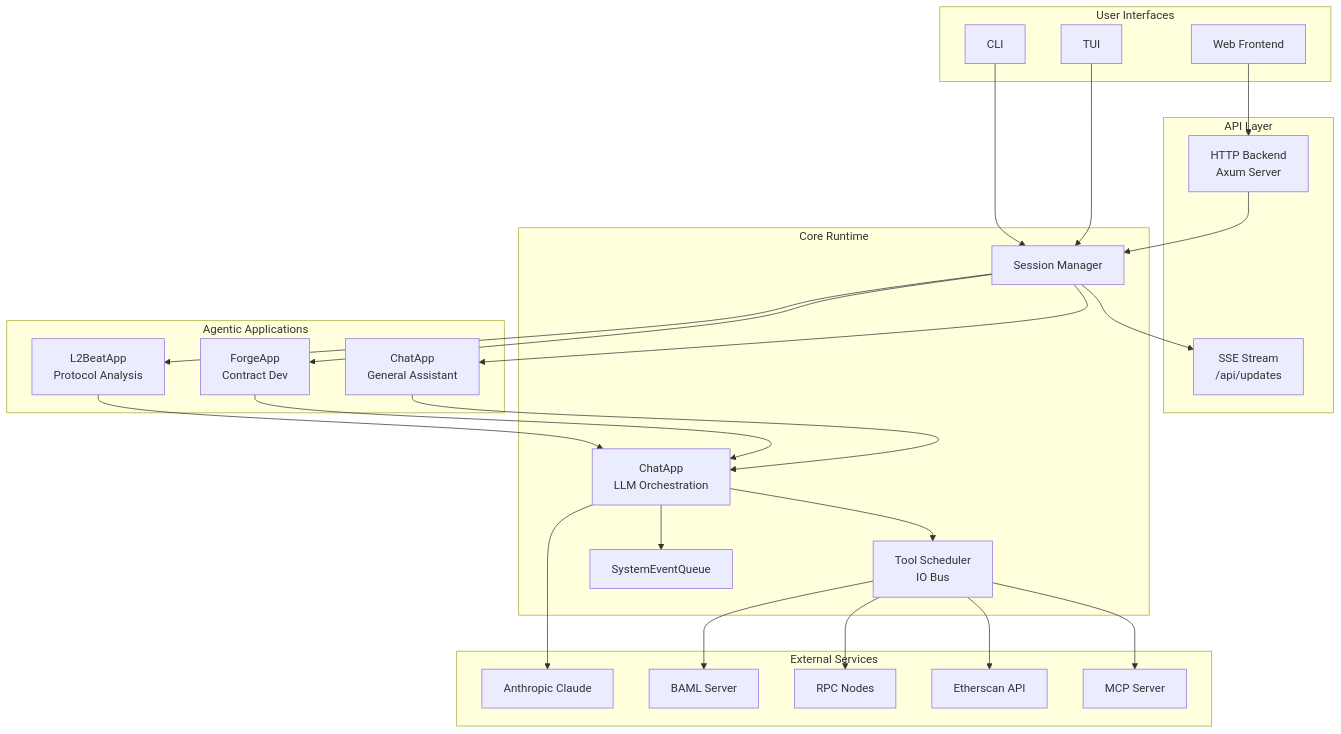
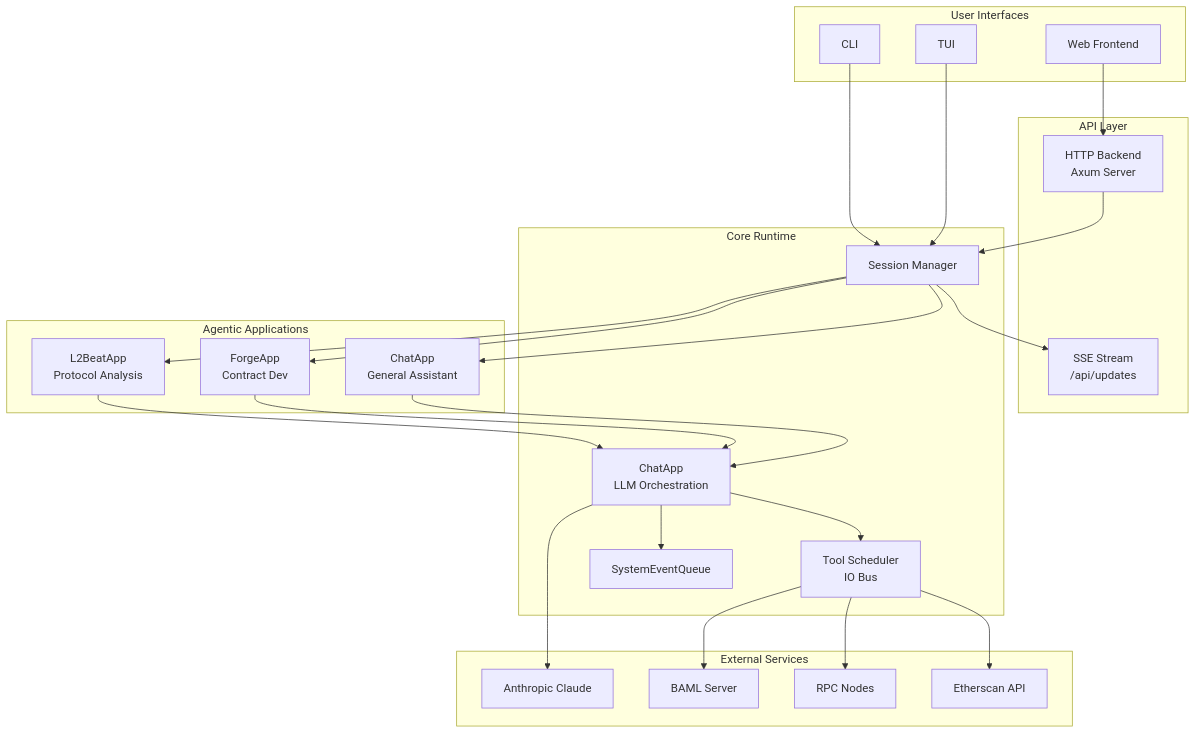
Before and after one commit to aomi-labs/aomi-widget: the first of 6 diagrams in apps/landing/content/guides/reference/architecture.mdx, drawn with Mermaid. The commit also changed other lines of this file and 115 other files, not shown here.

````diff
--- a/apps/landing/content/guides/reference/architecture.mdx
+++ b/apps/landing/content/guides/reference/architecture.mdx
@@ -12,57 +12,55 @@
 ```mermaid
 graph TB
     subgraph "User Interfaces"
         CLI[CLI]
         TUI[TUI]
         WEB[Web Frontend]
     end
 
     subgraph "API Layer"
         HTTP[HTTP Backend<br/>Axum Server]
         SSE[SSE Stream<br/>/api/updates]
     end
 
     subgraph "Core Runtime"
         SM[Session Manager]
         CHAT[ChatApp<br/>LLM Orchestration]
         SCHED[Tool Scheduler<br/>IO Bus]
         SEQ[SystemEventQueue]
     end
 
     subgraph "Agentic Applications"
         DEFAULT[ChatApp<br/>General Assistant]
         FORGE[ForgeApp<br/>Contract Dev]
         L2B[L2BeatApp<br/>Protocol Analysis]
     end
 
     subgraph "External Services"
         ANTHROPIC[Anthropic Claude]
-        MCP[MCP Server]
         ETHERSCAN[Etherscan API]
         RPC[RPC Nodes]
         BAML[BAML Server]
     end
 
     CLI --> SM
     TUI --> SM
     WEB --> HTTP
     HTTP --> SM
     SM --> SSE
 
     SM --> DEFAULT
     SM --> FORGE
     SM --> L2B
 
     DEFAULT --> CHAT
     FORGE --> CHAT
     L2B --> CHAT
 
     CHAT --> SCHED
     CHAT --> SEQ
     CHAT --> ANTHROPIC
 
-    SCHED --> MCP
     SCHED --> ETHERSCAN
     SCHED --> RPC
     SCHED --> BAML
 ```
````
